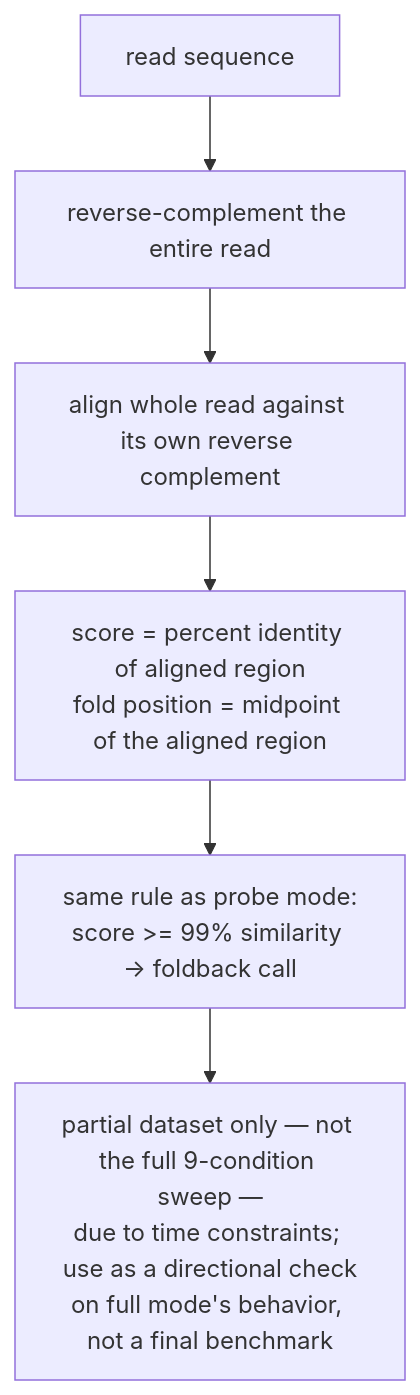
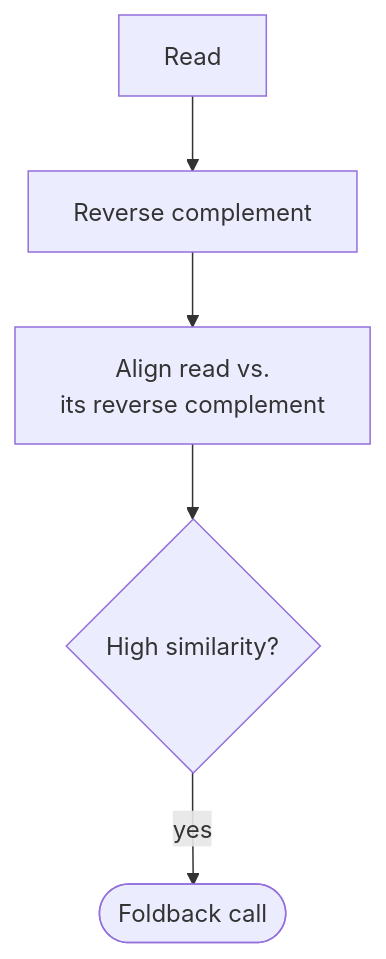
The fourth of 4 diagrams in charts.md (collaborativebioinformatics/Foldback_hunters), drawn with Mermaid before and after one commit. The commit also changed other lines of this file, not shown here.

````diff
--- a/charts.md
+++ b/charts.md
@@ -108,8 +70,7 @@
 ```mermaid
 flowchart TD
-    A[read sequence] --> B["reverse-complement the entire read"]
-    B --> C["align whole read against its own reverse complement"]
-    C --> D["score = percent identity of aligned region<br/>fold position = midpoint of the aligned region"]
-    D --> E["same rule as probe mode:<br/>score >= 99% similarity → foldback call"]
-    E --> F["partial dataset only — not the full 9-condition sweep —<br/>due to time constraints; use as a directional check<br/>on full mode's behavior, not a final benchmark"]
+    A[Read] --> B[Reverse complement]
+    B --> C[Align read vs.<br/>its reverse complement]
+    C --> D{High similarity?}
+    D -->|yes| E([Foldback call])
 ```
````
